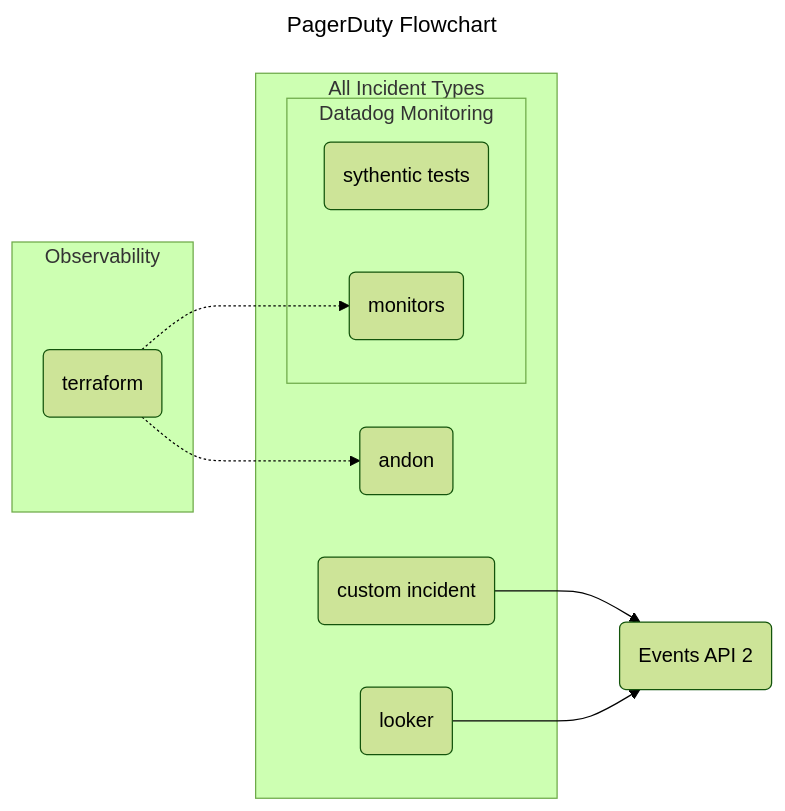
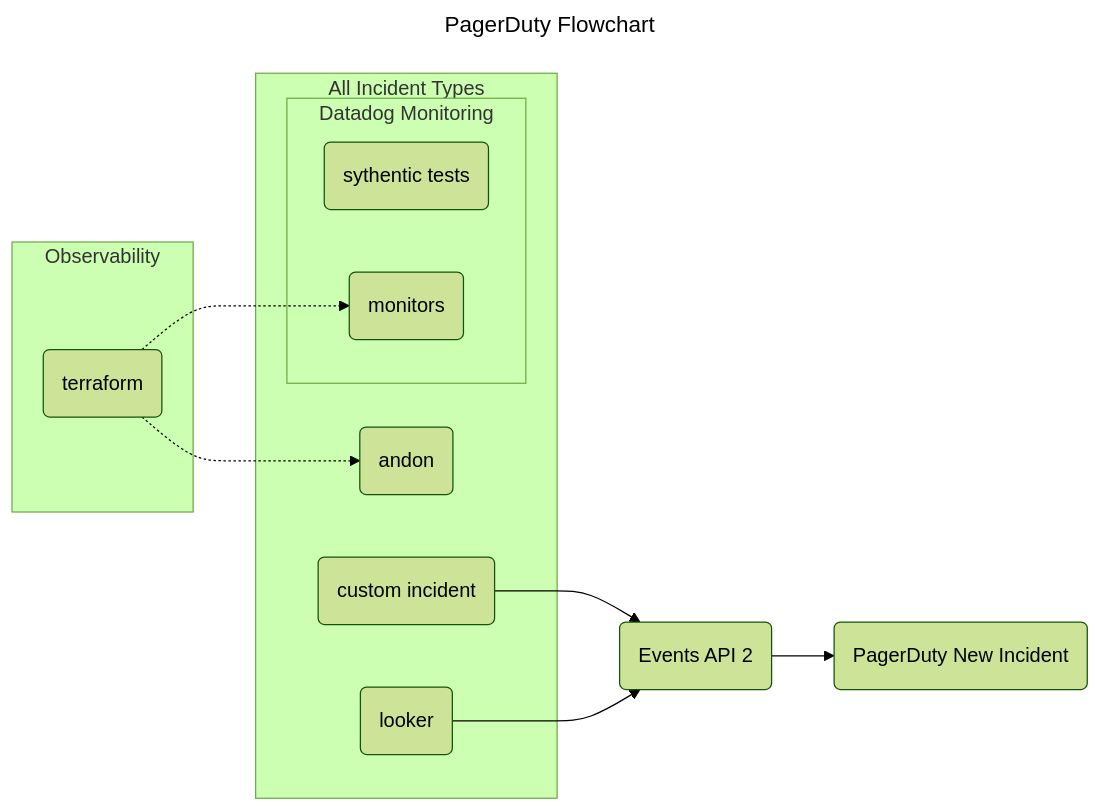
One commit to jessicahirsch/Mermaid-Diagrams changed the diagram in diagrams/diagram2.mmd. Above: the diagram before and after it, drawn with Mermaid (forest theme).

Commit message:
feat: PagerDuty New Incident entity

```diff
--- a/diagrams/diagram2.mmd
+++ b/diagrams/diagram2.mmd
@@ -1,25 +1,27 @@
 ---
 title: PagerDuty Flowchart
 ---
 flowchart LR
 
 subgraph Observability
     A(terraform)
 end
 
 subgraph All Incident Types
     subgraph Datadog Monitoring
         B(sythentic tests)
         A(terraform)-.->C(monitors)
     end
     D(andon)
     A(terraform)-.->D(andon)
     E(custom incident)
     F(looker)
 end
 
 E(custom incident)-->G(Events API 2)
 F(looker)-->G(Events API 2)
 
+G(Events API 2)-->H(PagerDuty New Incident)
+
 %% style A fill:#f9f,stroke:#333,stroke-width:4px
 %% style Observability font-weight:bold
```
